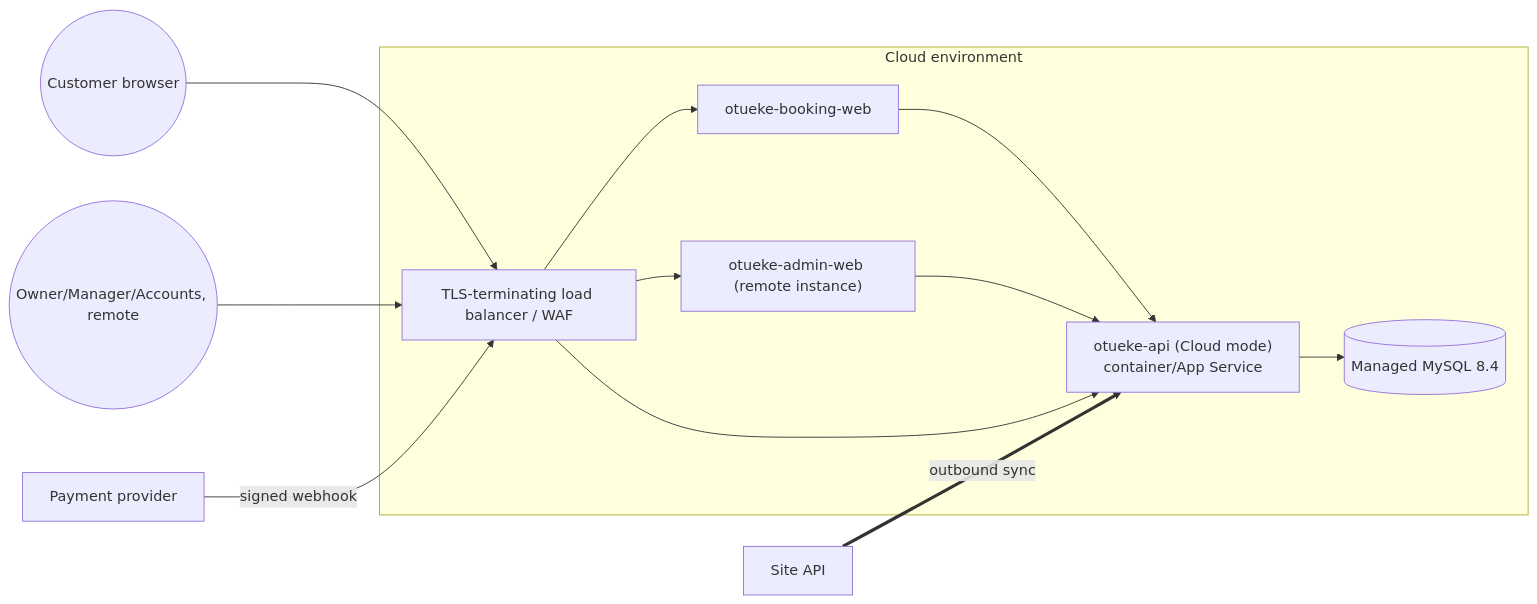
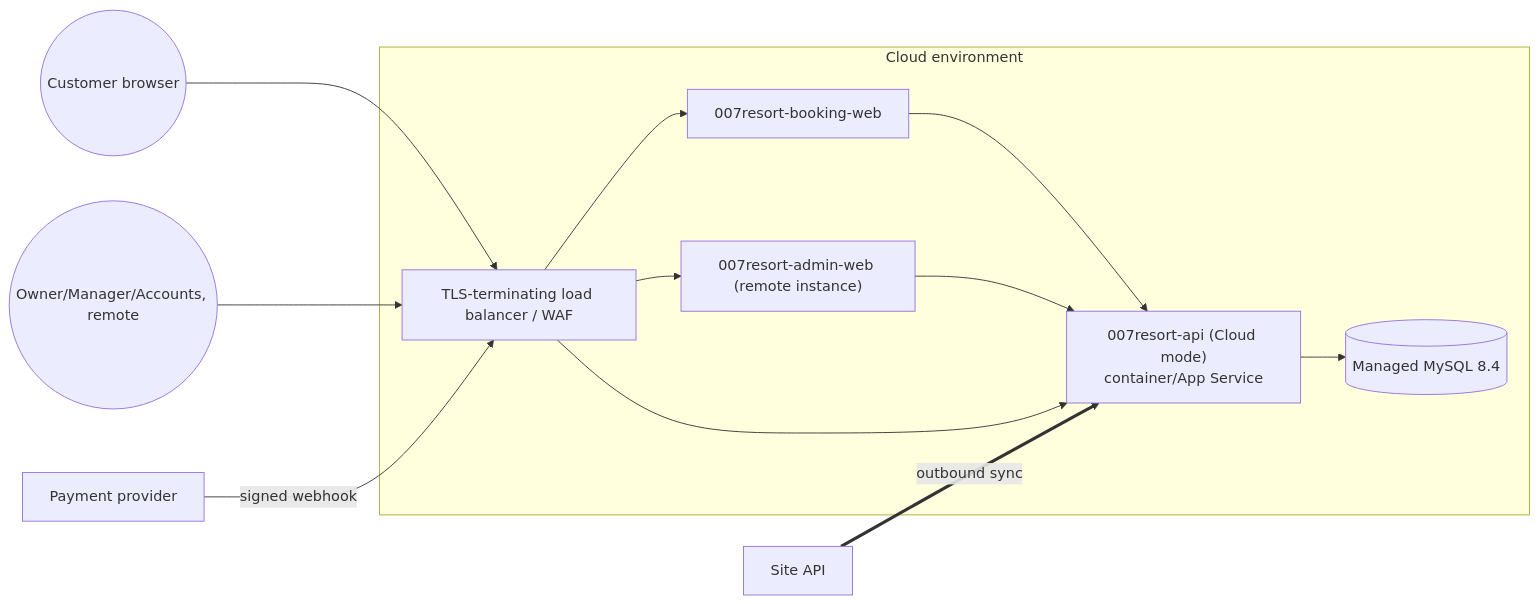
The second of 2 diagrams in architecture/16-deployment-topology.md (prinzderick/007resort-docs), drawn with Mermaid before and after one commit. The commit also changed other lines of this file and 33 other files, not shown here.

First line of the commit message:
chore: rename project from Otueke to 007 Resort & Spa (R007)

````diff
--- a/architecture/16-deployment-topology.md
+++ b/architecture/16-deployment-topology.md
@@ -52,15 +52,15 @@
 ```mermaid
 flowchart LR
   subgraph CloudEnv["Cloud environment"]
-    CAPI["otueke-api (Cloud mode)<br/>container/App Service"]
+    CAPI["007resort-api (Cloud mode)<br/>container/App Service"]
     CDB[("Managed MySQL 8.4")]
-    BW["otueke-booking-web"]
-    AWc["otueke-admin-web (remote instance)"]
+    BW["007resort-booking-web"]
+    AWc["007resort-admin-web (remote instance)"]
     LB["TLS-terminating load balancer / WAF"]
   end
   Customer((Customer browser)) --> LB --> BW --> CAPI
   Remote((Owner/Manager/Accounts, remote)) --> LB --> AWc --> CAPI
   PSP["Payment provider"] -- signed webhook --> LB --> CAPI
   CAPI --> CDB
   Site["Site API"] == outbound sync ==> CAPI
 ```
````
